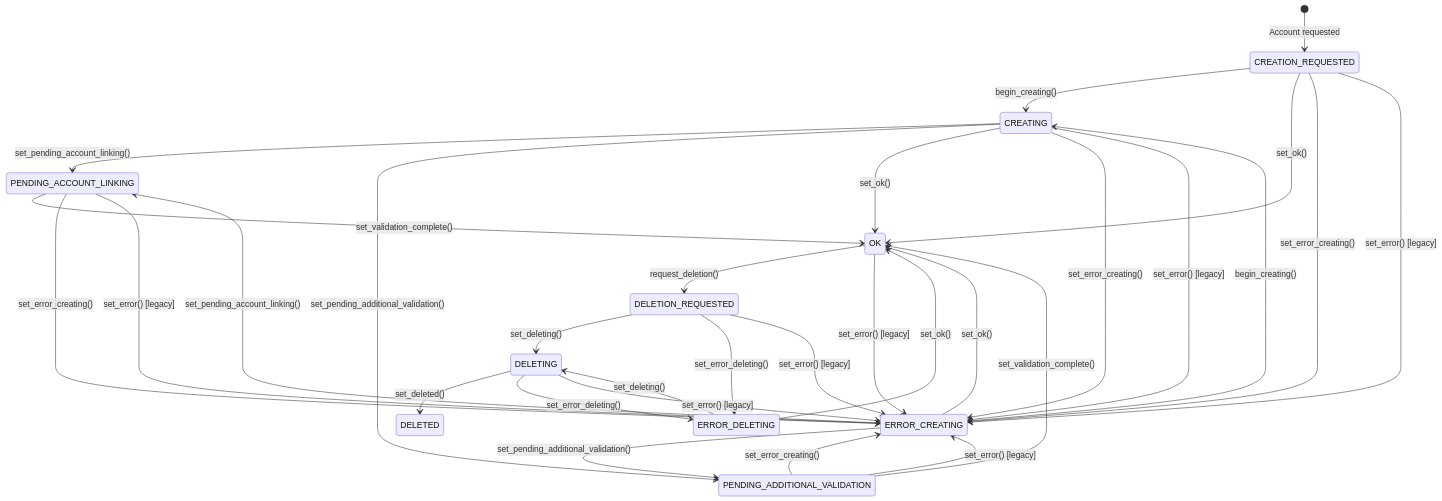
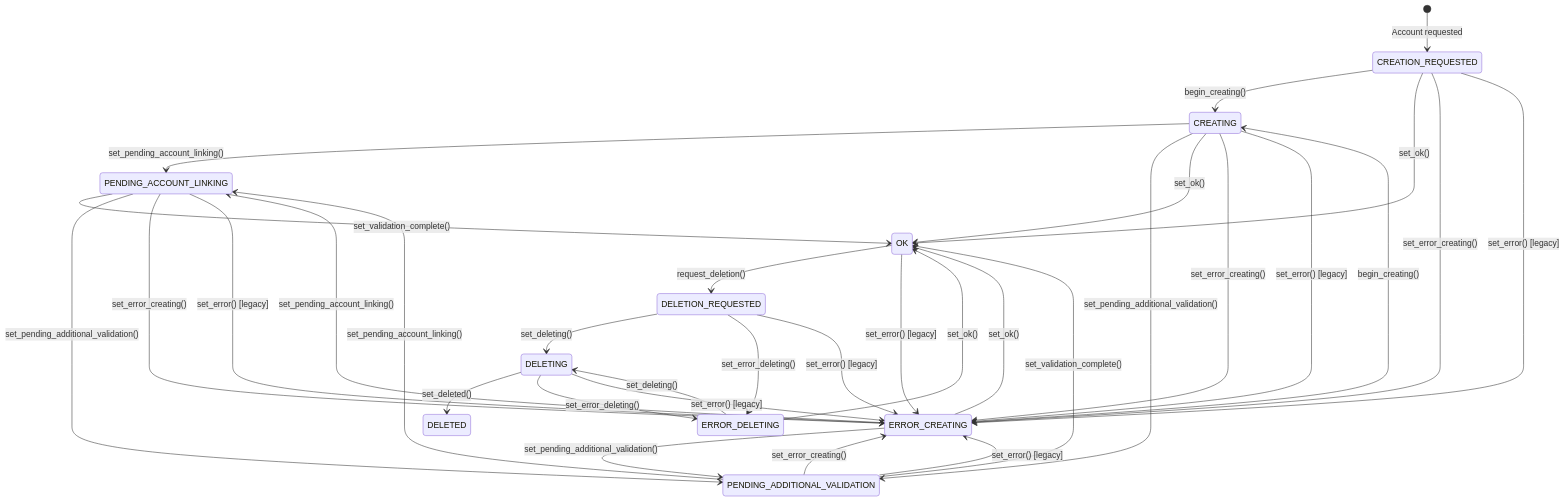
Before and after one commit to waldur/waldur-mastermind: the diagram in docs/core-concepts/offering-users.md, drawn with Mermaid. The commit also changed other lines of this file and 3 other files, not shown here.

````diff
--- a/docs/core-concepts/offering-users.md
+++ b/docs/core-concepts/offering-users.md
@@ -24,47 +24,50 @@
 ```mermaid
 stateDiagram-v2
     [*] --> CREATION_REQUESTED : Account requested
 
     CREATION_REQUESTED --> CREATING : begin_creating()
     CREATION_REQUESTED --> OK : set_ok()
 
     CREATING --> PENDING_ACCOUNT_LINKING : set_pending_account_linking()
     CREATING --> PENDING_ADDITIONAL_VALIDATION : set_pending_additional_validation()
     CREATING --> OK : set_ok()
 
     PENDING_ACCOUNT_LINKING --> OK : set_validation_complete()
+    PENDING_ACCOUNT_LINKING --> PENDING_ADDITIONAL_VALIDATION : set_pending_additional_validation()
+
     PENDING_ADDITIONAL_VALIDATION --> OK : set_validation_complete()
+    PENDING_ADDITIONAL_VALIDATION --> PENDING_ACCOUNT_LINKING : set_pending_account_linking()
 
     OK --> DELETION_REQUESTED : request_deletion()
 
     DELETION_REQUESTED --> DELETING : set_deleting()
     DELETING --> DELETED : set_deleted()
 
     %% Error state transitions during creation flow
     CREATION_REQUESTED --> ERROR_CREATING : set_error_creating()
     CREATING --> ERROR_CREATING : set_error_creating()
     PENDING_ACCOUNT_LINKING --> ERROR_CREATING : set_error_creating()
     PENDING_ADDITIONAL_VALIDATION --> ERROR_CREATING : set_error_creating()
 
     %% Error state transitions during deletion flow
     DELETION_REQUESTED --> ERROR_DELETING : set_error_deleting()
     DELETING --> ERROR_DELETING : set_error_deleting()
 
     %% Recovery from error states
     ERROR_CREATING --> CREATING : begin_creating()
     ERROR_CREATING --> OK : set_ok()
     ERROR_CREATING --> PENDING_ACCOUNT_LINKING : set_pending_account_linking()
     ERROR_CREATING --> PENDING_ADDITIONAL_VALIDATION : set_pending_additional_validation()
 
     ERROR_DELETING --> DELETING : set_deleting()
     ERROR_DELETING --> OK : set_ok()
 
     %% Legacy error transitions (backward compatibility)
     CREATION_REQUESTED --> ERROR_CREATING : set_error() [legacy]
     CREATING --> ERROR_CREATING : set_error() [legacy]
     PENDING_ACCOUNT_LINKING --> ERROR_CREATING : set_error() [legacy]
     PENDING_ADDITIONAL_VALIDATION --> ERROR_CREATING : set_error() [legacy]
     OK --> ERROR_CREATING : set_error() [legacy]
     DELETION_REQUESTED --> ERROR_CREATING : set_error() [legacy]
     DELETING --> ERROR_CREATING : set_error() [legacy]
 ```
````
